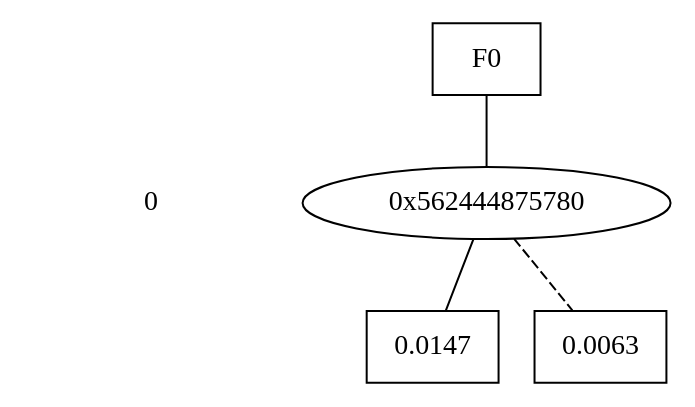
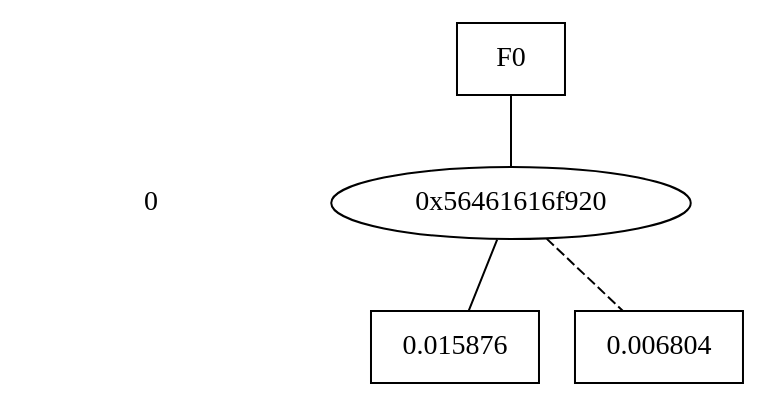
Before and after one commit to AAU-Dat/CuPAAL: the diagram in step_results/alpha_4.dot, drawn with Graphviz. The commit also changed 38 other files, not shown here.

```diff
--- a/step_results/alpha_4.dot
+++ b/step_results/alpha_4.dot
@@ -1,25 +1,25 @@
 digraph "DD" {
 size = "7.5,10"
 center = true;
 edge [dir = none];
 { node [shape = plaintext];
   edge [style = invis];
   "CONST NODES" [style = invis];
 " 0 " -> "CONST NODES"; 
 }
 { rank = same; node [shape = box]; edge [style = invis];
 "F0"; }
 { rank = same; " 0 ";
-"0x562444875780";
+"0x56461616f920";
 }
 { rank = same; "CONST NODES";
-{ node [shape = box]; "0x562444875720";
-"0x562444875740";
+{ node [shape = box]; "0x56461616f8c0";
+"0x56461616f8e0";
 }
 }
-"F0" -> "0x562444875780" [style = solid];
-"0x562444875780" -> "0x562444875720";
-"0x562444875780" -> "0x562444875740" [style = dashed];
-"0x562444875720" [label = "0.0147"];
-"0x562444875740" [label = "0.0063"];
+"F0" -> "0x56461616f920" [style = solid];
+"0x56461616f920" -> "0x56461616f8c0";
+"0x56461616f920" -> "0x56461616f8e0" [style = dashed];
+"0x56461616f8c0" [label = "0.015876"];
+"0x56461616f8e0" [label = "0.006804"];
 }
```
